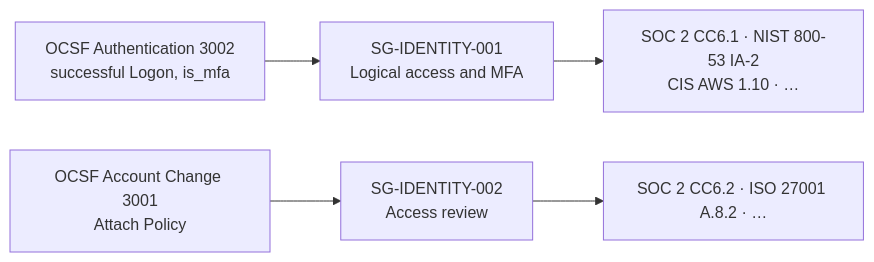
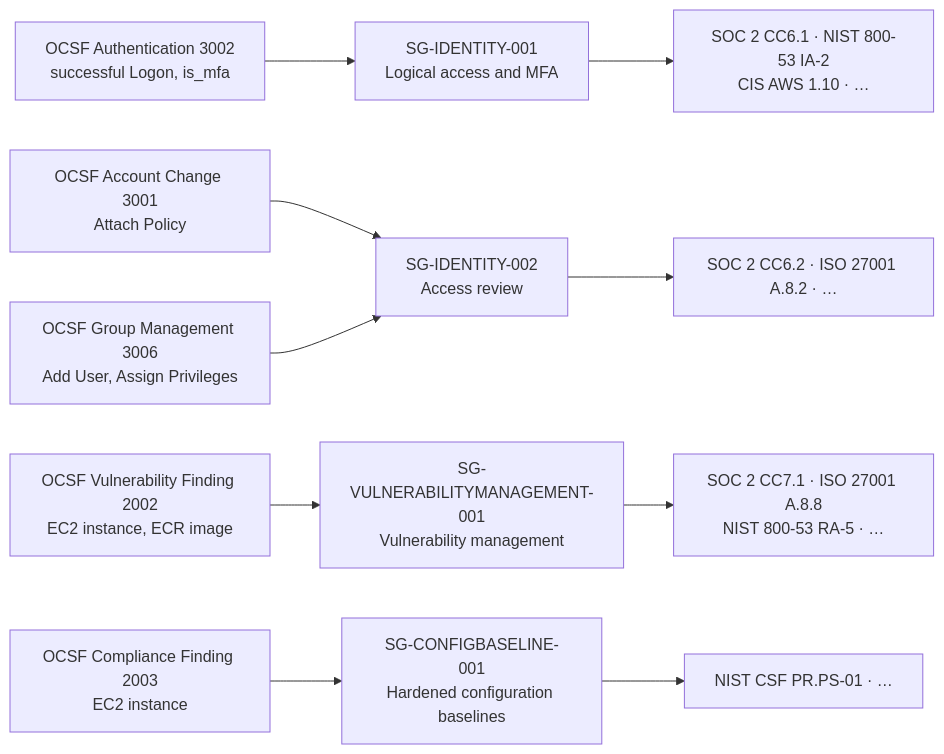
The first of 2 diagrams in README.md (koda-ai-studio/grc-lake), drawn with Mermaid before and after one commit. The commit also changed other lines of this file and 12 other files, not shown here.

First line of the commit message:
feat(lake): bind OCSF group management and findings to CCF safeguards

````diff
--- a/README.md
+++ b/README.md
@@ -182,7 +182,12 @@
 ```mermaid
 flowchart LR
   A["OCSF Authentication 3002<br/>successful Logon, is_mfa"] --> S1["SG-IDENTITY-001<br/>Logical access and MFA"]
   B["OCSF Account Change 3001<br/>Attach Policy"] --> S2["SG-IDENTITY-002<br/>Access review"]
+  G["OCSF Group Management 3006<br/>Add User, Assign Privileges"] --> S2
+  V["OCSF Vulnerability Finding 2002<br/>EC2 instance, ECR image"] --> S3["SG-VULNERABILITYMANAGEMENT-001<br/>Vulnerability management"]
+  C["OCSF Compliance Finding 2003<br/>EC2 instance"] --> S4["SG-CONFIGBASELINE-001<br/>Hardened configuration baselines"]
   S1 --> R1["SOC 2 CC6.1 · NIST 800-53 IA-2<br/>CIS AWS 1.10 · …"]
   S2 --> R2["SOC 2 CC6.2 · ISO 27001 A.8.2 · …"]
+  S3 --> R3["SOC 2 CC7.1 · ISO 27001 A.8.8<br/>NIST 800-53 RA-5 · …"]
+  S4 --> R4["NIST CSF PR.PS-01 · …"]
 ```
````
